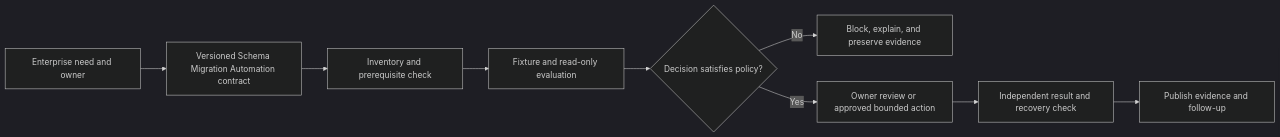
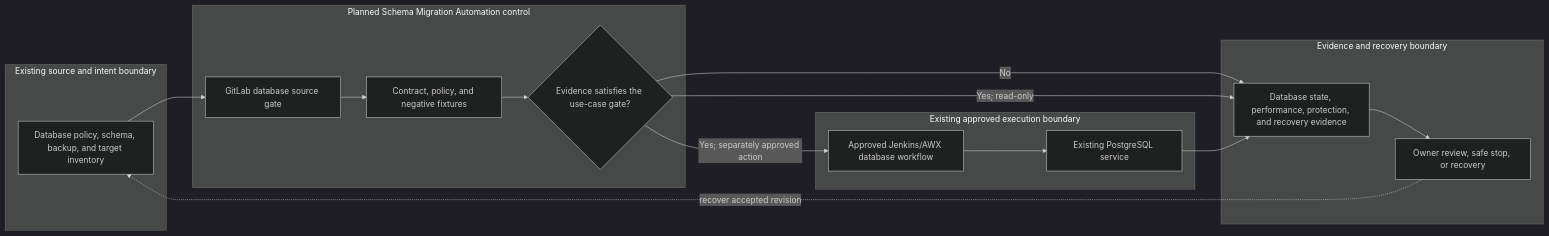
One commit to MIDHTECH/enterprise-architecture-docs changed the diagram in docs/use-cases/database/UC-DB-004-schema-migration-automation.md. Above: the diagram before and after it, drawn with Mermaid (dark theme). The commit also changed other lines of this file and 227 other files, not shown here.

Commit message:
Deepen architecture for all use case designs

````diff
--- a/docs/use-cases/database/UC-DB-004-schema-migration-automation.md
+++ b/docs/use-cases/database/UC-DB-004-schema-migration-automation.md
@@ -136,11 +129,25 @@
 ```mermaid
 flowchart LR
-    Need["Enterprise need and owner"] --> Contract["Versioned Schema Migration Automation contract"]
-    Contract --> Preflight["Inventory and prerequisite check"]
-    Preflight --> Evaluate["Fixture and read-only evaluation"]
-    Evaluate --> Decision{"Decision satisfies policy?"}
-    Decision -->|No| Stop["Block, explain, and preserve evidence"]
-    Decision -->|Yes| Review["Owner review or approved bounded action"]
-    Review --> Verify["Independent result and recovery check"]
-    Verify --> Publish["Publish evidence and follow-up"]
+    subgraph Source["Existing source and intent boundary"]
+        A["Database policy, schema, backup, and target inventory"]
+    end
+    subgraph Planned["Planned Schema Migration Automation control"]
+        B["GitLab database source gate"]
+        C["Contract, policy, and negative fixtures"]
+        D{"Evidence satisfies the use-case gate?"}
+    end
+    subgraph Runtime["Existing approved execution boundary"]
+        E["Approved Jenkins/AWX database workflow"]
+        F["Existing PostgreSQL service"]
+    end
+    subgraph Assurance["Evidence and recovery boundary"]
+        G["Database state, performance, protection, and recovery evidence"]
+        H["Owner review, safe stop, or recovery"]
+    end
+
+    A --> B --> C --> D
+    D -->|No| G --> H
+    D -->|Yes; read-only| G
+    D -->|Yes; separately approved action| E --> F --> G
+    H -. recover accepted revision .-> A
 ```
````
